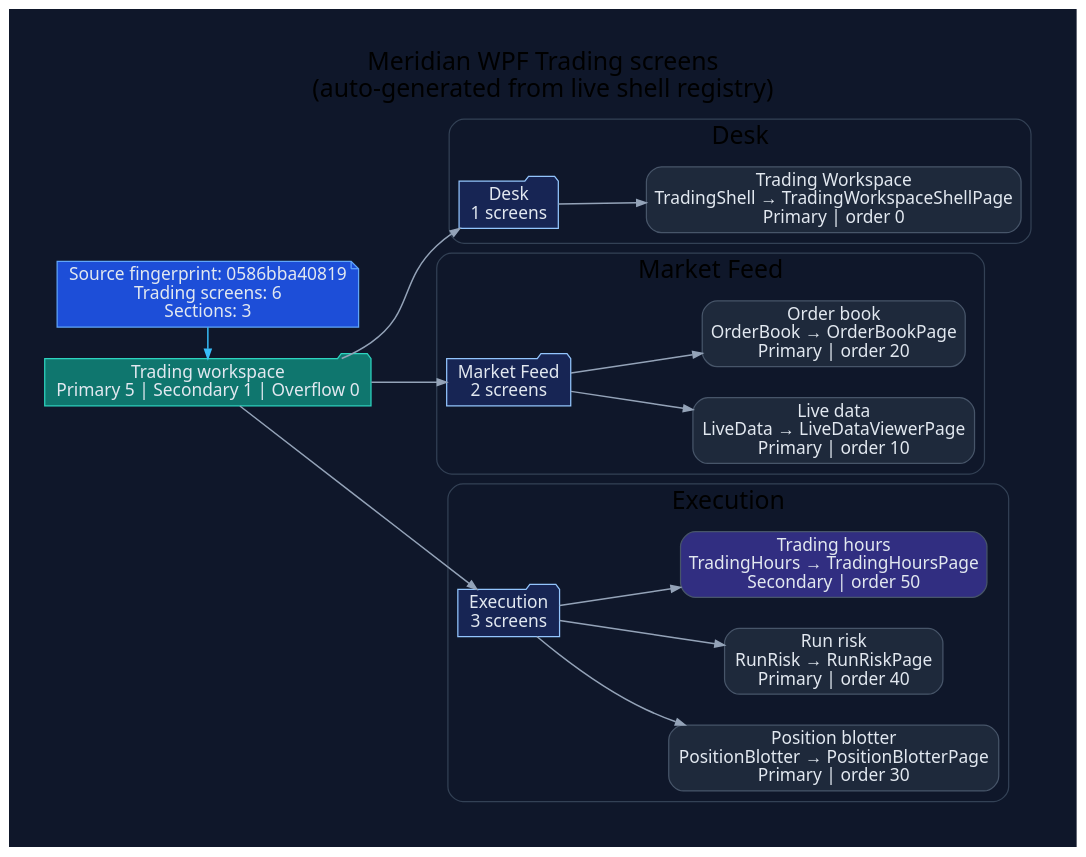
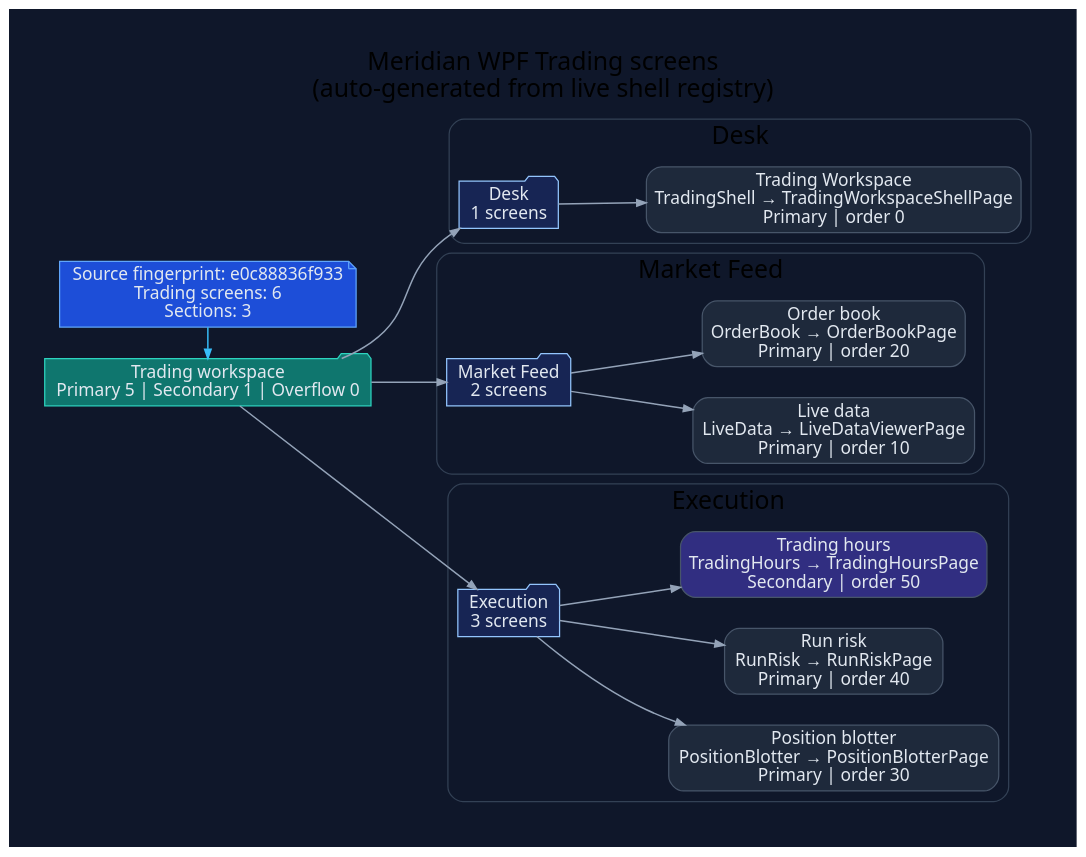
The diagram in docs/diagrams/ui-wpf-screens-trading.dot (rodoHasArrived/Meridian-main), drawn with Graphviz before and after one commit. The commit also changed 21 other files, not shown here.

First line of the commit message:
docs(diagrams): regenerate UI diagrams for the changed WPF source fingerprint

```diff
--- a/docs/diagrams/ui-wpf-screens-trading.dot
+++ b/docs/diagrams/ui-wpf-screens-trading.dot
@@ -1,62 +1,62 @@
 // -----------------------------------------------------------------------------
 // <auto-generated>
 // Generated by scripts/generate-diagrams.mjs.
 // Do not edit this file directly; update the WPF source files instead.
 // -----------------------------------------------------------------------------
 digraph WpfTradingScreens {
   graph [
     rankdir=LR,
     labelloc=t,
     label="Meridian WPF Trading screens\n(auto-generated from live shell registry)",
     fontname="Segoe UI",
     fontsize=20,
     pad=0.4,
     nodesep=0.35,
     ranksep=0.85,
     bgcolor="#0f172a"
   ];
   node [fontname="Segoe UI", shape=box, style="rounded,filled", color="#475569", fontcolor="#e2e8f0", fillcolor="#1e293b"];
   edge [fontname="Segoe UI", color="#94a3b8", penwidth=1.2, arrowsize=0.75];
 
-  generated [shape=note, fillcolor="#1d4ed8", color="#60a5fa", label="Source fingerprint: 0586bba40819\nTrading screens: 6\nSections: 3"];
+  generated [shape=note, fillcolor="#1d4ed8", color="#60a5fa", label="Source fingerprint: e0c88836f933\nTrading screens: 6\nSections: 3"];
   workspace [shape=folder, fillcolor="#0f766e", color="#2dd4bf", label="Trading workspace\nPrimary 5 | Secondary 1 | Overflow 0"];
   generated -> workspace [color="#38bdf8"];
 
   subgraph cluster_section_1 {
     label="Desk";
     color="#334155";
     style="rounded";
     section_1 [shape=folder, fillcolor="#172554", color="#93c5fd", label="Desk\n1 screens"];
     workspace -> section_1;
     screen_TradingShell [fillcolor="#1e293b", label="Trading Workspace\nTradingShell → TradingWorkspaceShellPage\nPrimary | order 0"];
     section_1 -> screen_TradingShell;
   }
 
   subgraph cluster_section_2 {
     label="Market Feed";
     color="#334155";
     style="rounded";
     section_2 [shape=folder, fillcolor="#172554", color="#93c5fd", label="Market Feed\n2 screens"];
     workspace -> section_2;
     screen_LiveData [fillcolor="#1e293b", label="Live data\nLiveData → LiveDataViewerPage\nPrimary | order 10"];
     section_2 -> screen_LiveData;
     screen_OrderBook [fillcolor="#1e293b", label="Order book\nOrderBook → OrderBookPage\nPrimary | order 20"];
     section_2 -> screen_OrderBook;
   }
 
   subgraph cluster_section_3 {
     label="Execution";
     color="#334155";
     style="rounded";
     section_3 [shape=folder, fillcolor="#172554", color="#93c5fd", label="Execution\n3 screens"];
     workspace -> section_3;
     screen_PositionBlotter [fillcolor="#1e293b", label="Position blotter\nPositionBlotter → PositionBlotterPage\nPrimary | order 30"];
     section_3 -> screen_PositionBlotter;
     screen_RunRisk [fillcolor="#1e293b", label="Run risk\nRunRisk → RunRiskPage\nPrimary | order 40"];
     section_3 -> screen_RunRisk;
     screen_TradingHours [fillcolor="#312e81", label="Trading hours\nTradingHours → TradingHoursPage\nSecondary | order 50"];
     section_3 -> screen_TradingHours;
   }
 
   { rank=min; generated; workspace; }
 }
```
